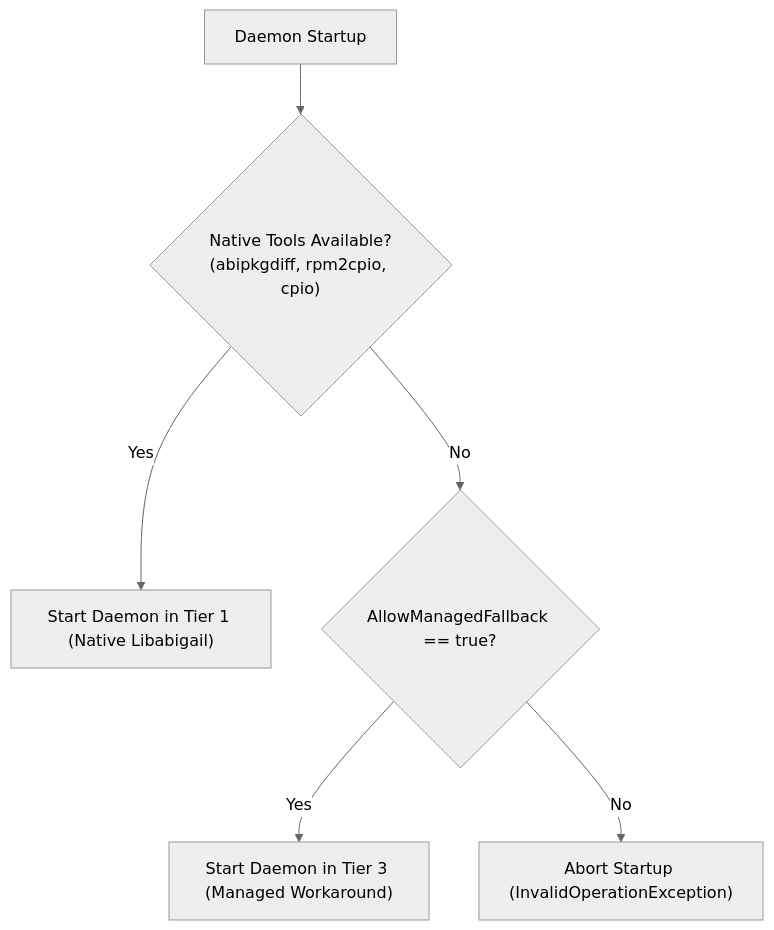
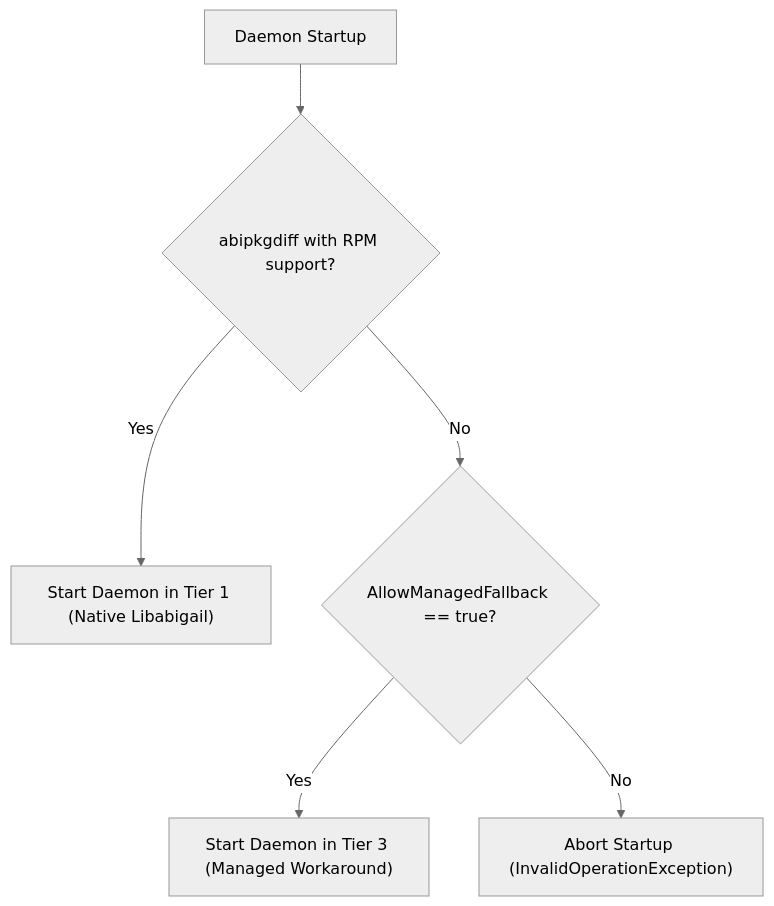
One commit to openRuyi-Project/abaci-bot changed the first of 2 diagrams in docs/modules/abi-compliance.md. Above: the diagram before and after it, drawn with Mermaid (neutral theme). The commit also changed other lines of this file and 18 other files, not shown here.

````diff
--- a/docs/modules/abi-compliance.md
+++ b/docs/modules/abi-compliance.md
@@ -28,8 +28,8 @@
 ```mermaid
 flowchart TD
-    Start["Daemon Startup"] --> Probe{"Native Tools Available?<br>(abipkgdiff, rpm2cpio, cpio)"}
+    Start["Daemon Startup"] --> Probe{"abipkgdiff with RPM support?"}
     Probe -- Yes --> Native["Start Daemon in Tier 1 (Native Libabigail)"]
     Probe -- No --> FallbackCheck{"AllowManagedFallback == true?"}
     FallbackCheck -- Yes --> Managed["Start Daemon in Tier 3 (Managed Workaround)"]
     FallbackCheck -- No --> Abort["Abort Startup (InvalidOperationException)"]
 ```
````
